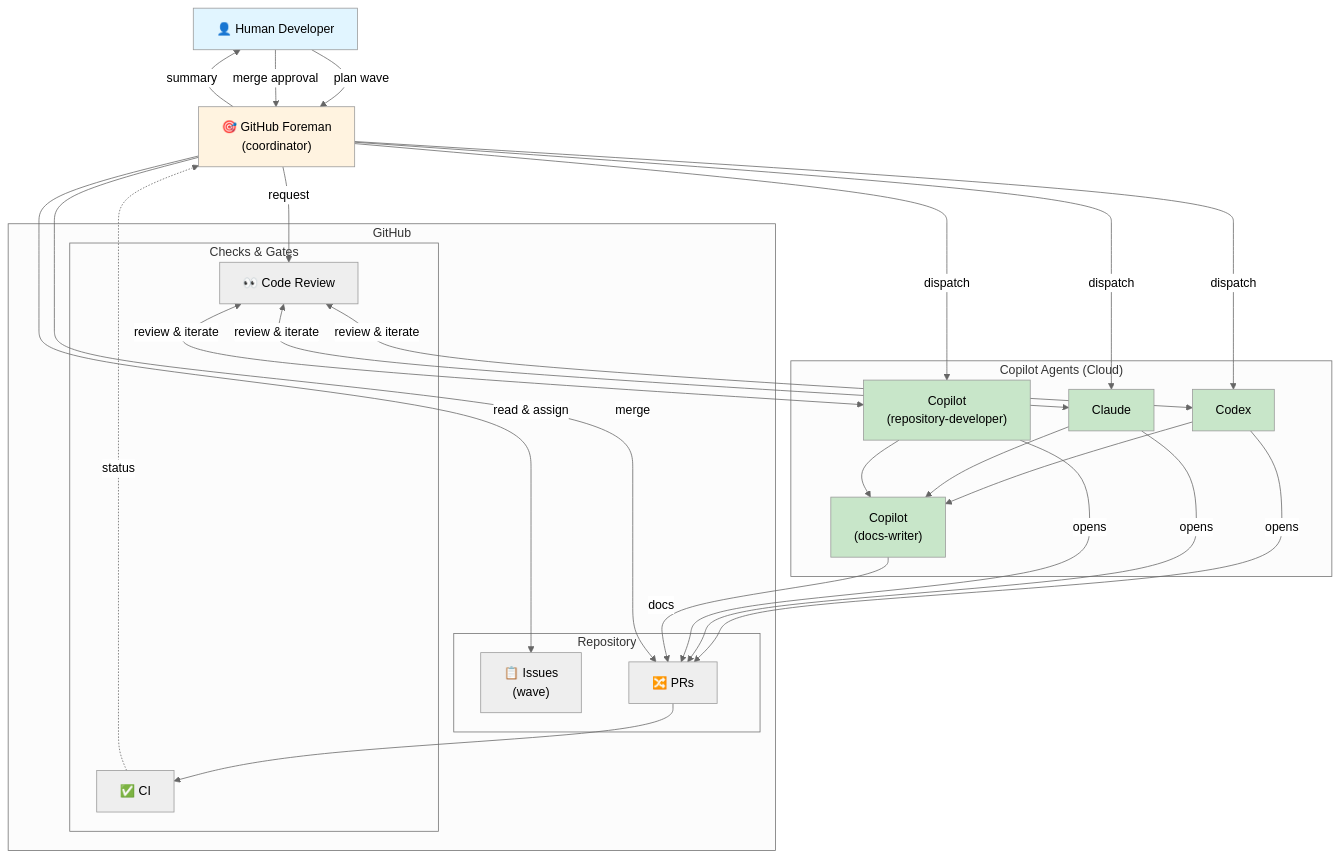
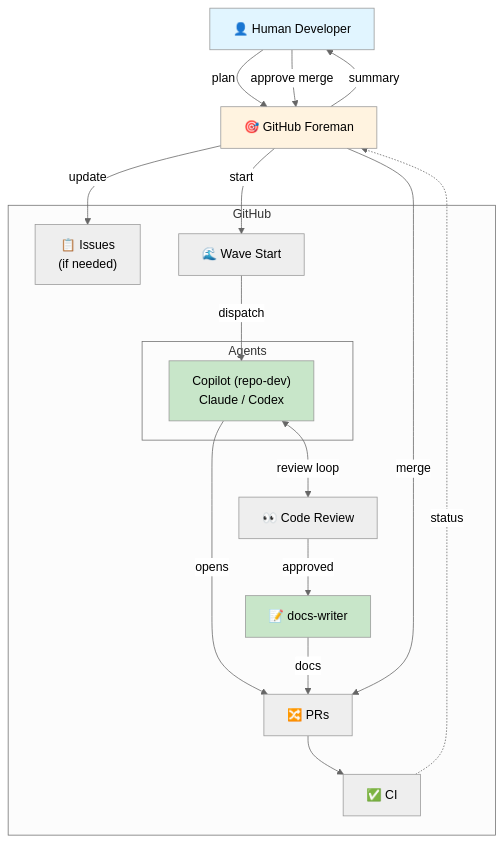
One commit to ewega/github-foreman changed the first of 2 diagrams in README.md. Above: the diagram before and after it, drawn with Mermaid (neutral theme).

Commit message:
Simplify interaction model - clear linear flow with code review loop
- Linear flow: Foreman -> Issues (if needed) -> Wave Start -> Agents -> Code Review (loop) -> docs-writer -> merge
- Combine agents into single box: Copilot (repo-dev) / Claude / Codex
- Code Review Agent shown as bidirectional feedback loop with working agents
- docs-writer is final phase after code review approval
- Much clearer and more intuitive architecture

````diff
--- a/README.md
+++ b/README.md
@@ -70,57 +70,41 @@
 ```mermaid
 graph TB
     H["👤 Human Developer"]
-    F["🎯 GitHub Foreman<br/>(coordinator)"]
+    F["🎯 GitHub Foreman"]
     
-    subgraph agents["Copilot Agents (Cloud)"]
-        Codex["Codex"]
-        Claude["Claude"]
-        RD["Copilot<br/>(repository-developer)"]
-        DW["Copilot<br/>(docs-writer)"]
+    subgraph github["GitHub"]
+        Issues["📋 Issues<br/>(if needed)"]
+        WaveStart["🌊 Wave Start"]
+        
+        subgraph agents["Agents"]
+            Working["Copilot (repo-dev)<br/>Claude / Codex"]
+        end
+        
+        CodeReview["👀 Code Review"]
+        DW["📝 docs-writer"]
+        PRs["🔀 PRs"]
+        CI["✅ CI"]
     end
     
-    subgraph github["GitHub"]
-        subgraph repo["Repository"]
-            Issues["📋 Issues<br/>(wave)"]
-            PRs["🔀 PRs"]
-        end
-        
-        subgraph gates["Checks & Gates"]
-            CodeReview["👀 Code Review"]
-            CI["✅ CI"]
-        end
-    end
+    H -->|"plan"| F
+    F -->|"update"| Issues
+    F -->|"start"| WaveStart
+    WaveStart -->|"dispatch"| Working
+    Working -->|"opens"| PRs
     
-    H -->|"plan wave"| F
-    F -->|"read & assign"| Issues
-    F -->|"dispatch"| Codex
-    F -->|"dispatch"| Claude
-    F -->|"dispatch"| RD
+    Working <-->|"review loop"| CodeReview
+    CodeReview -->|"approved"| DW
     
-    Codex -->|"opens"| PRs
-    Claude -->|"opens"| PRs
-    RD -->|"opens"| PRs
+    DW -->|"docs"| PRs
+    PRs --> CI
     
-    F -->|"request"| CodeReview
-    CodeReview <-->|"review & iterate"| Codex
-    CodeReview <-->|"review & iterate"| Claude
-    CodeReview <-->|"review & iterate"| RD
-    
-    Codex --> DW
-    Claude --> DW
-    RD --> DW
-    DW -->|"docs"| PRs
-    
-    PRs --> CI
     CI -.->|"status"| F
     F -->|"summary"| H
-    H -->|"merge approval"| F
+    H -->|"approve merge"| F
     F -->|"merge"| PRs
     
     style H fill:#e1f5ff
     style F fill:#fff3e0
-    style Codex fill:#c8e6c9
-    style Claude fill:#c8e6c9
-    style RD fill:#c8e6c9
+    style Working fill:#c8e6c9
     style DW fill:#c8e6c9
 ```
````
